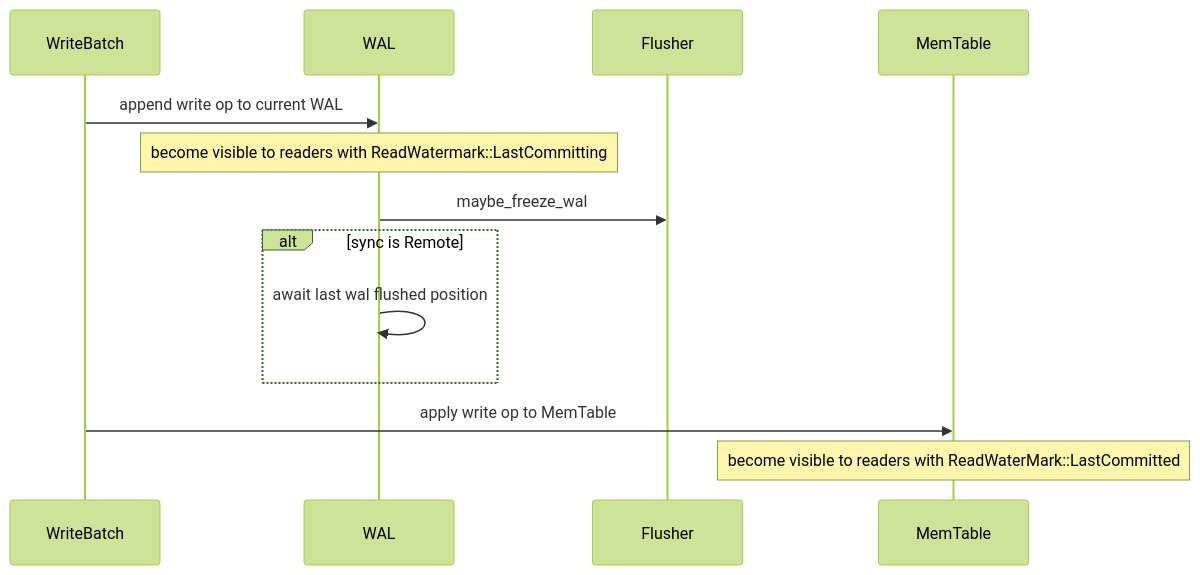
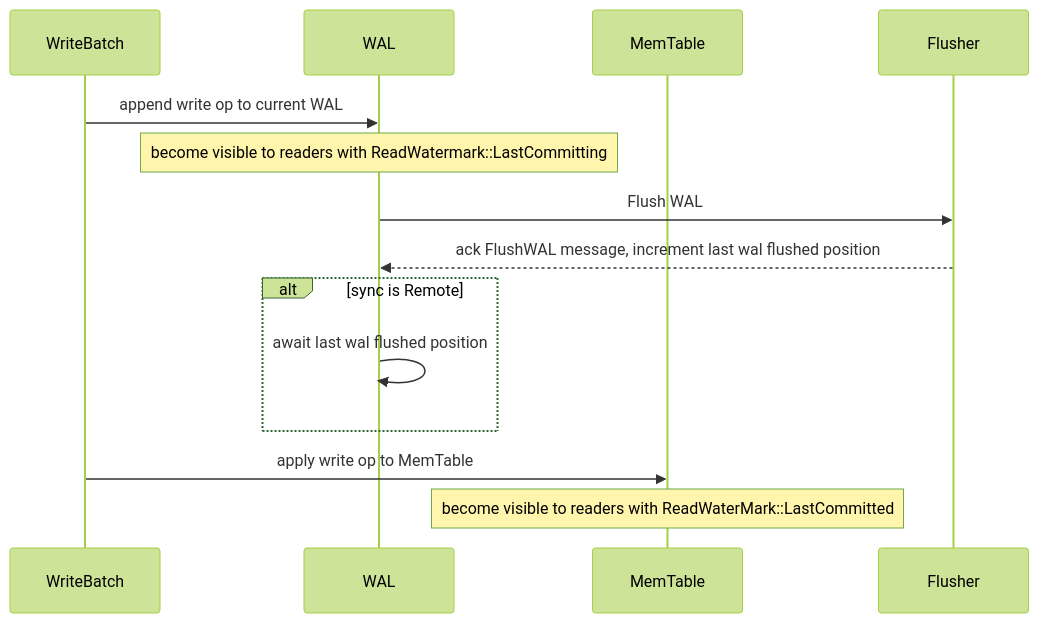
The third of 3 diagrams in rfcs/0007-synchronous-commit.md (slatedb/slatedb), drawn with Mermaid (forest theme) before and after one commit. The commit also changed other lines of this file, not shown here.

Commit message:
tune the diagram

````diff
--- a/rfcs/0007-synchronous-commit.md
+++ b/rfcs/0007-synchronous-commit.md
@@ -330,18 +329,19 @@
 ```mermaid
 sequenceDiagram
     participant WriteBatch
     participant WAL
+    participant MemTable
     participant Flusher
-    participant MemTable
 
     WriteBatch->>WAL: append write op to current WAL
     Note over WAL: become visible to readers with ReadWatermark::LastCommitting
 
-    WAL->>Flusher: maybe_freeze_wal
+    WAL->>Flusher: Flush WAL
+    Flusher-->>WAL: ack FlushWAL message, increment last wal flushed position
     alt sync is Remote
         WAL->>WAL: await last wal flushed position
     end
 
     WriteBatch->>MemTable: apply write op to MemTable
     Note over MemTable: become visible to readers with ReadWaterMark::LastCommitted 
 ```
````
